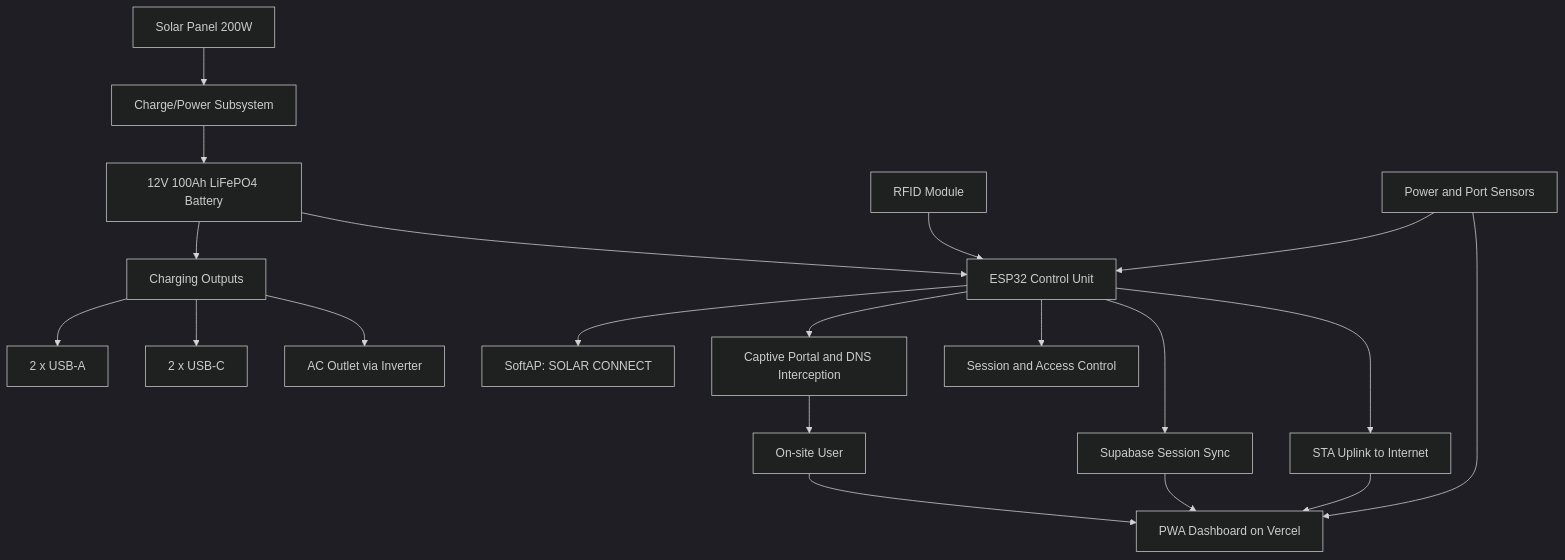
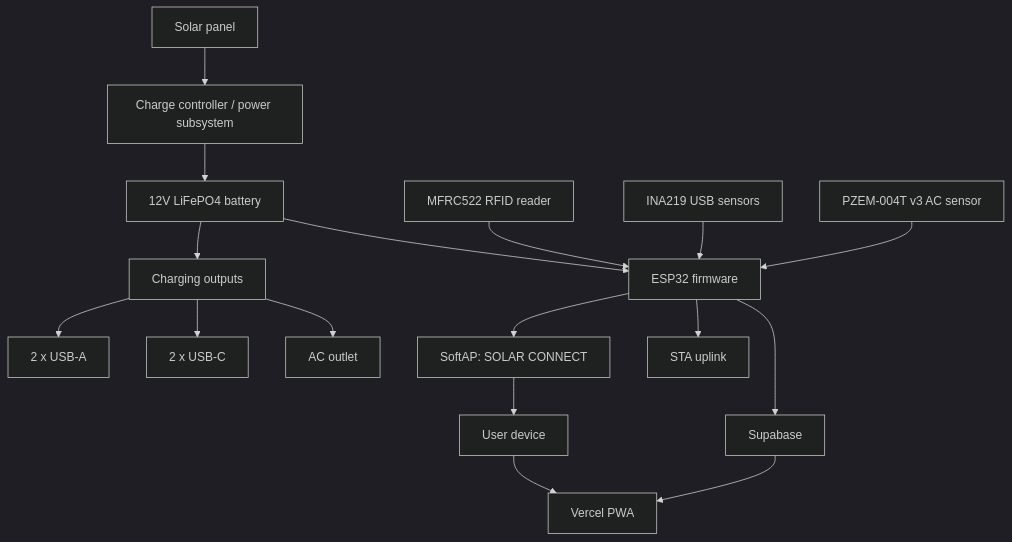
The first of 3 diagrams in SYSTEM_ARCHITECTURE.md (peewweee/esp32-wifi-ap-cp), drawn with Mermaid (dark theme) before and after one commit. The commit also changed other lines of this file and 3 other files, not shown here.

````diff
--- a/SYSTEM_ARCHITECTURE.md
+++ b/SYSTEM_ARCHITECTURE.md
@@ -40,28 +50,21 @@
 ```mermaid
 flowchart TD
-    A[Solar Panel 200W] --> B[Charge/Power Subsystem]
-    B --> C[12V 100Ah LiFePO4 Battery]
-    C --> D[Charging Outputs]
-    D --> D1[2 x USB-A]
-    D --> D2[2 x USB-C]
-    D --> D3[AC Outlet via Inverter]
+    Solar[Solar panel] --> Power[Charge controller / power subsystem]
+    Power --> Battery[12V LiFePO4 battery]
+    Battery --> Outputs[Charging outputs]
+    Outputs --> USBA[2 x USB-A]
+    Outputs --> USBC[2 x USB-C]
+    Outputs --> AC[AC outlet]
 
-    C --> E[ESP32 Control Unit]
-    E --> F[SoftAP: SOLAR CONNECT]
-    E --> G[STA Uplink to Internet]
-    E --> H[Captive Portal and DNS Interception]
-    E --> I[Session and Access Control]
-    E --> J[Supabase Session Sync]
+    Battery --> ESP[ESP32 firmware]
+    RFID[MFRC522 RFID reader] --> ESP
+    INA[INA219 USB sensors] --> ESP
+    PZEM[PZEM-004T v3 AC sensor] --> ESP
 
-    H --> K[On-site User]
-    K --> L[PWA Dashboard on Vercel]
-    J --> L
-    G --> L
-
-    M[RFID Module]
-    M --> E
-
-    N[Power and Port Sensors]
-    N --> E
-    N --> L
+    ESP --> AP[SoftAP: SOLAR CONNECT]
+    ESP --> STA[STA uplink]
+    ESP --> SB[Supabase]
+    AP --> User[User device]
+    User --> PWA[Vercel PWA]
+    SB --> PWA
 ```
````
